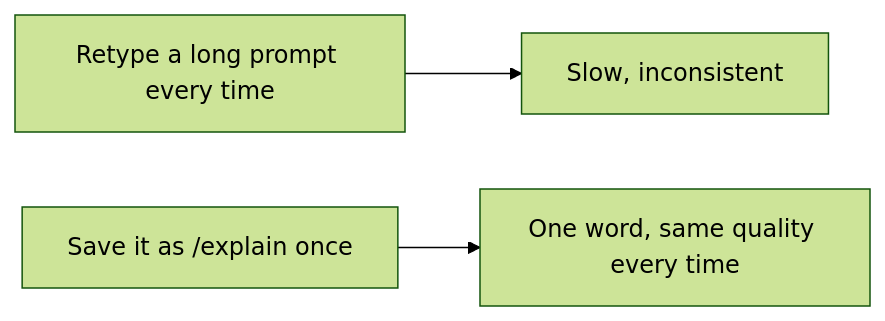
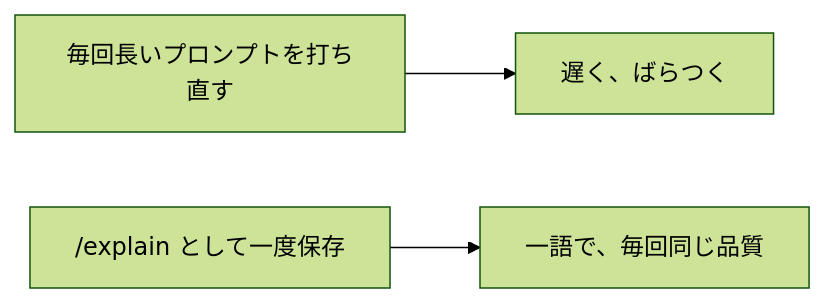
One commit to KakkoiDev/izumo-io changed the diagram in content/ai/a06.ja.md. Above: the diagram before and after it, drawn with Mermaid (forest theme). The commit also changed 47 other files, not shown here.

First line of the commit message:
Translate mermaid diagram labels to JA + PT in AI lessons

````diff
--- a/content/ai/a06.ja.md
+++ b/content/ai/a06.ja.md
@@ -39,5 +39,5 @@
 ```mermaid
 flowchart LR
-    A[Retype a long prompt every time] --> B[Slow, inconsistent]
-    C["Save it as /explain once"] --> D[One word, same quality every time]
+    A[毎回長いプロンプトを打ち直す] --> B[遅く、ばらつく]
+    C["/explain として一度保存"] --> D[一語で、毎回同じ品質]
 ```
````
